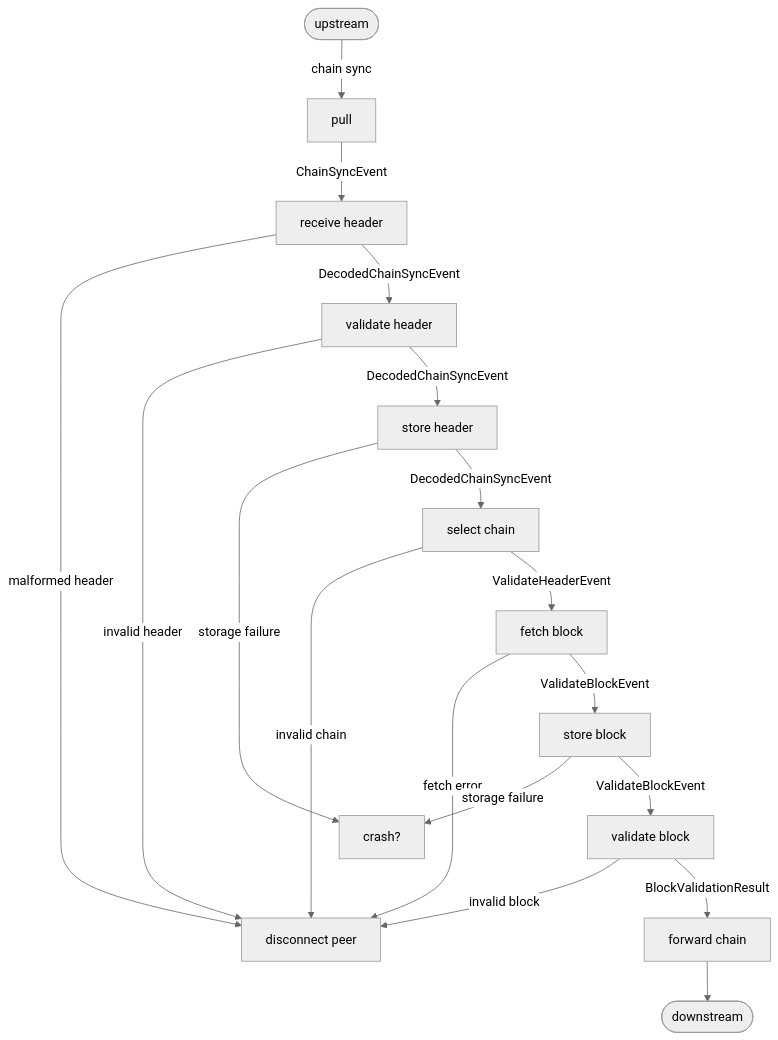
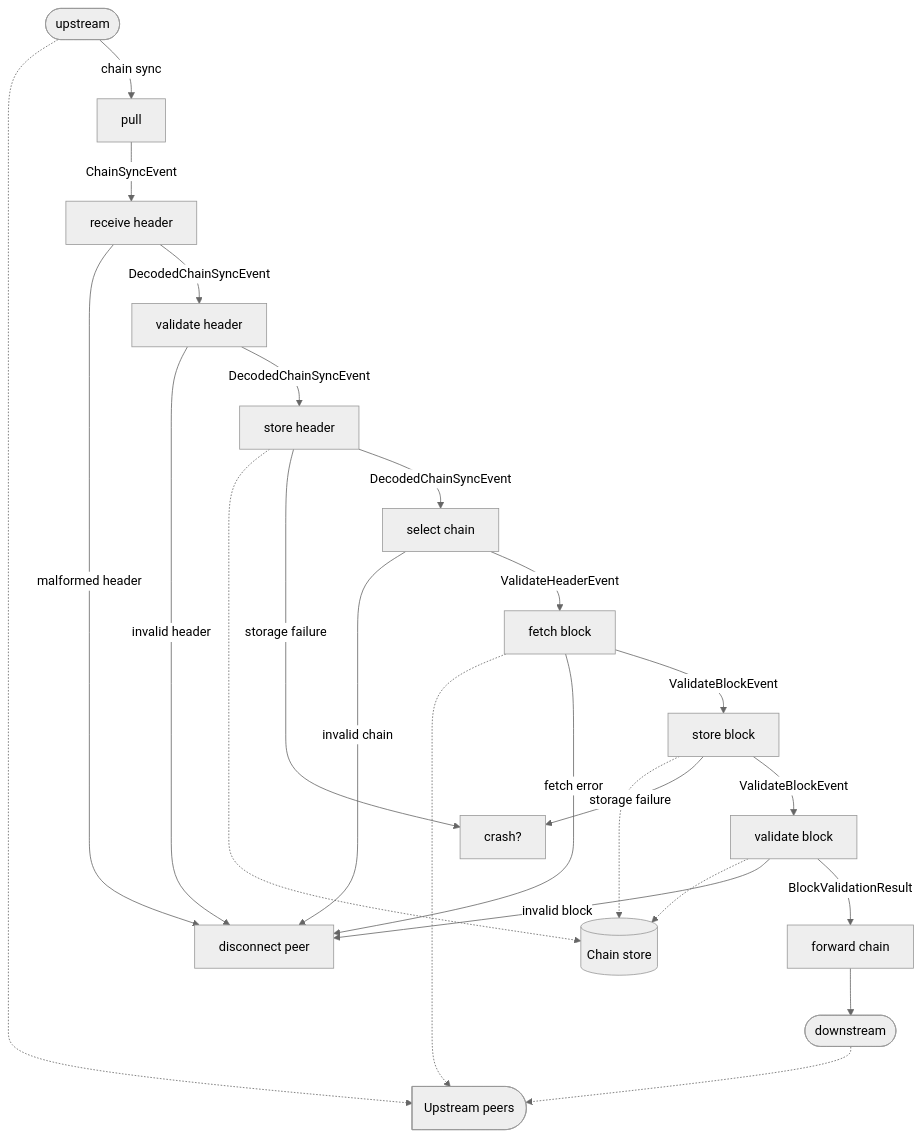
The diagram in crates/amaru-consensus/README.md (pragma-org/amaru), drawn with Mermaid (neutral theme) before and after one commit.

Commit message:
fix: update pipeline diagram

````diff
--- a/crates/amaru-consensus/README.md
+++ b/crates/amaru-consensus/README.md
@@ -5,22 +5,29 @@
 ```mermaid
 graph TD
     disc[disconnect peer]
-    up([upstream]) -- chain sync --> pull
+    net@{ shape: delay, label: "Upstream peers" }
+    upstream([upstream]) -.-> net
+    upstream -- chain sync --> pull
     pull -- ChainSyncEvent --> rcv[receive header]
     rcv -- malformed header --> disc
     val_hdr[validate header]
     rcv -- DecodedChainSyncEvent --> val_hdr
     val_hdr -- invalid header --> disc
     val_hdr -- DecodedChainSyncEvent --> sto_hdr[store header]
+    sto_hdr -.-> store@{ shape: cyl, label: "Chain store" }
     sto_hdr -- storage failure --> crash?
     sto_hdr -- DecodedChainSyncEvent --> select[select chain]
     select -- invalid chain --> disc
     select -- ValidateHeaderEvent --> fetch[fetch block]
+    fetch -.-> net
     fetch -- fetch error --> disc
     fetch -- ValidateBlockEvent --> sto_block[store block]
+    sto_block -.-> store
     sto_block -- storage failure --> crash?
     sto_block -- ValidateBlockEvent --> val_block[validate block]
+    val_block -.-> store
     val_block -- invalid block --> disc
     val_block -- BlockValidationResult --> fwd[forward chain]
     fwd --> down([downstream])
+    down -.-> net
 ```
````
